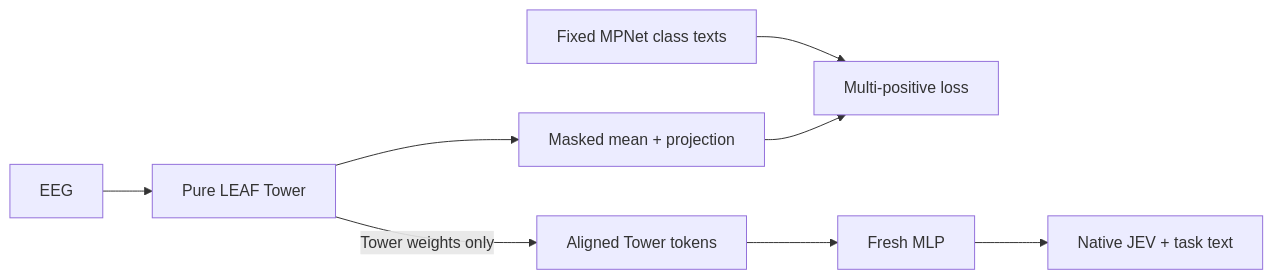
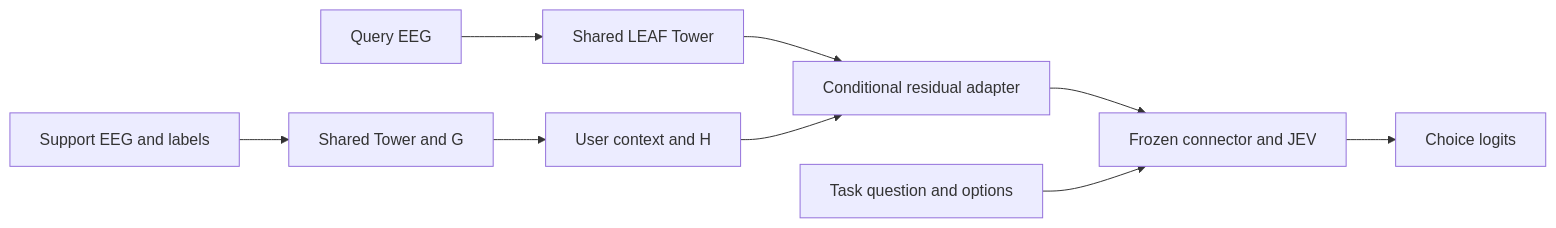
The diagram in docs/PROTOCOL.md (codezcx/laya), drawn with Mermaid before and after one commit. The commit also changed other lines of this file and 8 other files, not shown here.

````diff
--- a/docs/PROTOCOL.md
+++ b/docs/PROTOCOL.md
@@ -66,11 +17,13 @@
 ```mermaid
 flowchart LR
-    accTitle: LEAF Semantic Alignment Transfer
-    accDescr: Pure EEG Tower tokens are mean pooled and projected toward fixed class texts. Only the trained Tower transfers to a fresh MLP and JEV classification stage.
-    eeg["EEG"] --> tower["Pure LEAF Tower"]
-    tower --> pool["Masked mean + projection"]
-    texts["Fixed MPNet class texts"] --> loss["Multi-positive loss"]
-    pool --> loss
-    tower -->|"Tower weights only"| aligned["Aligned Tower tokens"]
-    aligned --> bridge["Fresh MLP"] --> jev["Native JEV + task text"]
+    accTitle: Support Conditioned EEG Decision
+    accDescr: A labelled support set generates user context that modulates query EEG tokens. A frozen shared JEV decides without personal gradient updates.
+    support["Support EEG and labels"] --> context["Shared Tower and G"]
+    context --> condition["User context and H"]
+    query["Query EEG"] --> tower["Shared LEAF Tower"]
+    tower --> adapter["Conditional residual adapter"]
+    condition --> adapter
+    adapter --> jev["Frozen connector and JEV"]
+    prompt["Task question and options"] --> jev
+    jev --> decision["Choice logits"]
 ```
````
